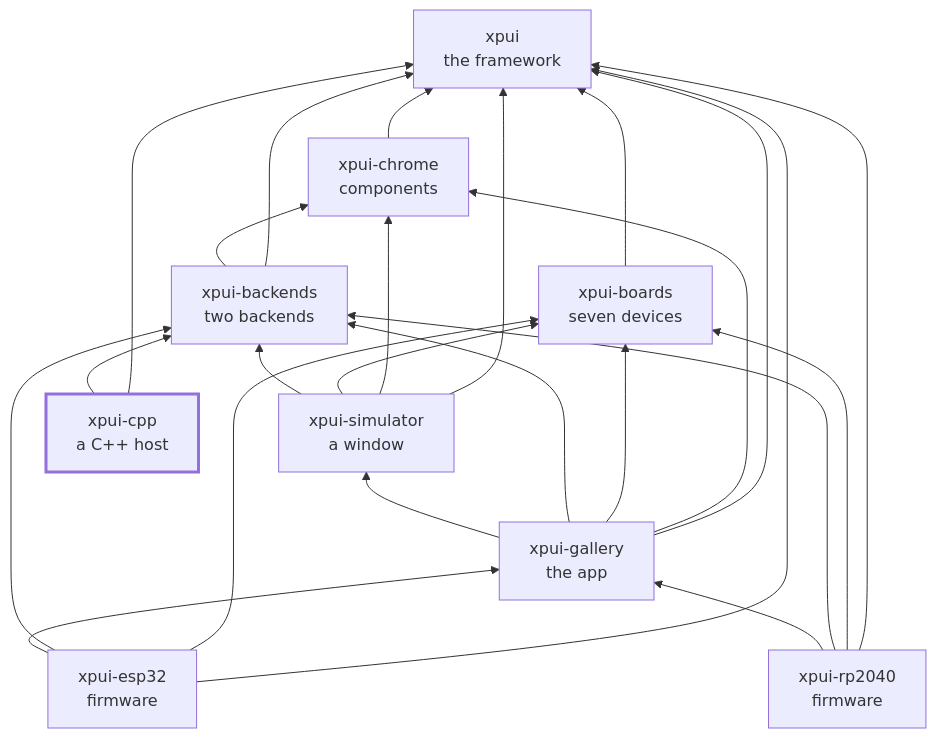
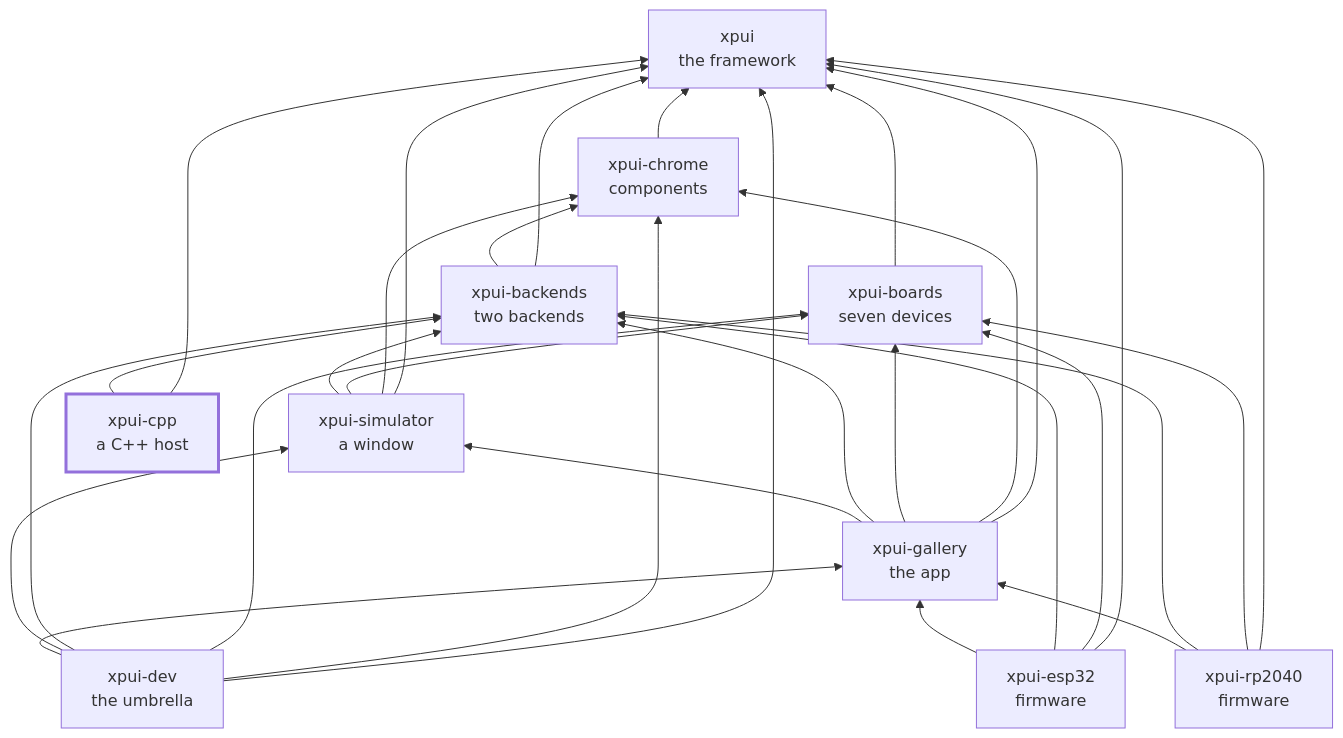
Before and after one commit to XPUI-Framework/xpui-cpp: the second of 2 diagrams in README.md, drawn with Mermaid. The commit also changed 8 other files, not shown here.

````diff
--- a/README.md
+++ b/README.md
@@ -83,36 +83,43 @@
 ```mermaid
 flowchart BT
   xpui["xpui<br/>the framework"]
   chrome["xpui-chrome<br/>components"]
   boards["xpui-boards<br/>seven devices"]
   backends["xpui-backends<br/>two backends"]
   simulator["xpui-simulator<br/>a window"]
   gallery["xpui-gallery<br/>the app"]
   rp2040["xpui-rp2040<br/>firmware"]
   esp32["xpui-esp32<br/>firmware"]
   cpp["xpui-cpp<br/>a C++ host"]
+  dev["xpui-dev<br/>the umbrella"]
   chrome --> xpui
   boards --> xpui
   backends --> xpui
   backends --> chrome
   simulator --> xpui
   simulator --> chrome
   simulator --> boards
   simulator --> backends
   gallery --> xpui
   gallery --> chrome
   gallery --> boards
   gallery --> backends
   gallery --> simulator
   rp2040 --> xpui
   rp2040 --> boards
   rp2040 --> backends
   rp2040 --> gallery
   esp32 --> xpui
   esp32 --> boards
   esp32 --> backends
   esp32 --> gallery
   cpp --> xpui
   cpp --> backends
+  dev --> xpui
+  dev --> chrome
+  dev --> boards
+  dev --> backends
+  dev --> simulator
+  dev --> gallery
   style cpp stroke-width:3px
 ```
````
